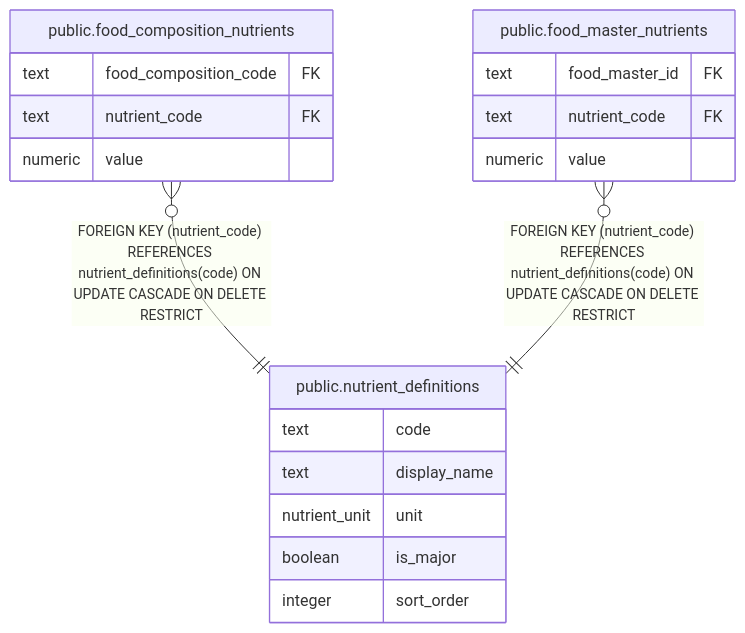
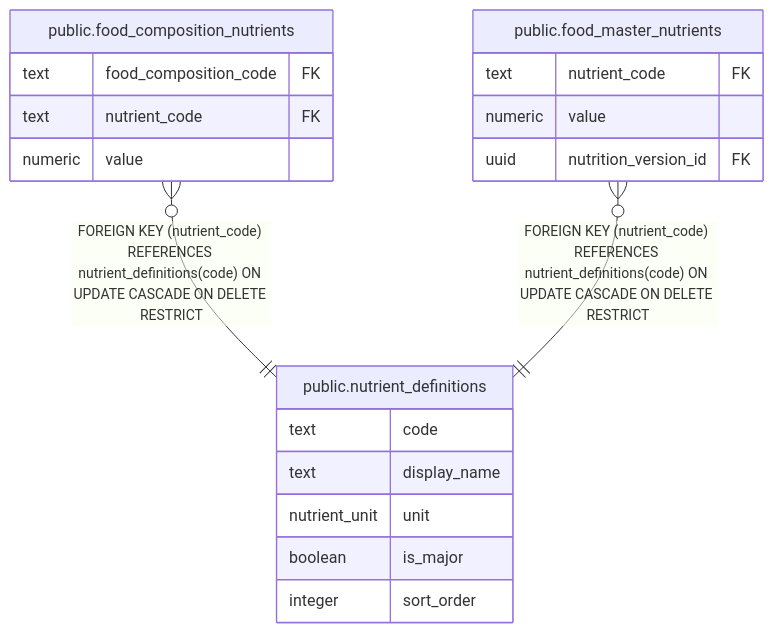
The diagram in server/docs/db/public.nutrient_definitions.md (fohte/meshi), drawn with Mermaid before and after one commit. The commit also changed 51 other files, not shown here.

````diff
--- a/server/docs/db/public.nutrient_definitions.md
+++ b/server/docs/db/public.nutrient_definitions.md
@@ -37,24 +37,24 @@
 ```mermaid
 erDiagram
 
 "public.food_composition_nutrients" }o--|| "public.nutrient_definitions" : "FOREIGN KEY (nutrient_code) REFERENCES nutrient_definitions(code) ON UPDATE CASCADE ON DELETE RESTRICT"
 "public.food_master_nutrients" }o--|| "public.nutrient_definitions" : "FOREIGN KEY (nutrient_code) REFERENCES nutrient_definitions(code) ON UPDATE CASCADE ON DELETE RESTRICT"
 
 "public.nutrient_definitions" {
   text code
   text display_name
   nutrient_unit unit
   boolean is_major
   integer sort_order
 }
 "public.food_composition_nutrients" {
   text food_composition_code FK
   text nutrient_code FK
   numeric value
 }
 "public.food_master_nutrients" {
-  text food_master_id FK
   text nutrient_code FK
   numeric value
+  uuid nutrition_version_id FK
 }
 ```
````
